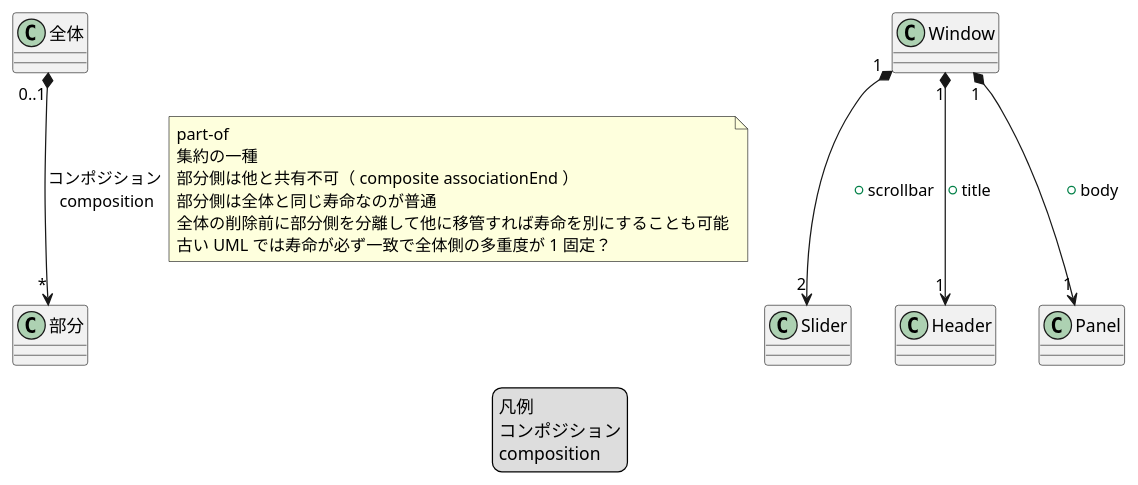
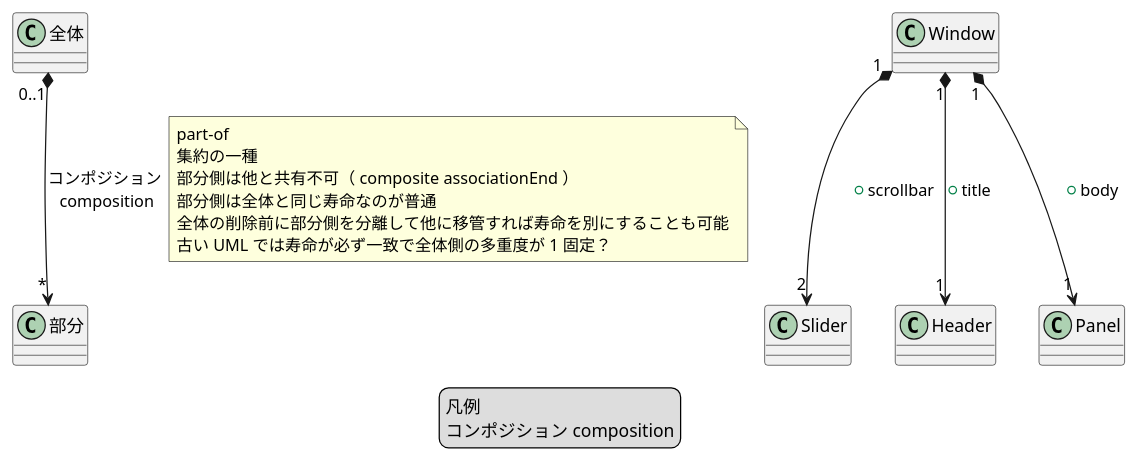
Before and after one commit to peregrin8alde/learn-ossdb-gold: the diagram in site/content/ja/docs/Appendix/uml/class/puml/legend/classe-legend-composition.puml, drawn with PlantUML. The commit also changed 6 other files, not shown here.

```diff
--- a/site/content/ja/docs/Appendix/uml/class/puml/legend/classe-legend-composition.puml
+++ b/site/content/ja/docs/Appendix/uml/class/puml/legend/classe-legend-composition.puml
@@ -1,26 +1,25 @@
 @startuml
 /'
 "全体" "0..1" *--> "*" "部分" : "コンポジション\n composition"
 '/
 legend
 凡例
-コンポジション
-composition
+コンポジション composition
 endlegend
 
 "全体" "0..1" *--> "*" "部分" : "コンポジション\n composition"
 note right on link
 part-of
 集約の一種
 部分側は他と共有不可（ composite associationEnd ）
 部分側は全体と同じ寿命なのが普通
 全体の削除前に部分側を分離して他に移管すれば寿命を別にすることも可能
 古い UML では寿命が必ず一致で全体側の多重度が 1 固定？
 end note
 
 "Window" "1" *--> "2" "Slider" : "+scrollbar"
 "Window" "1" *--> "1" "Header" : "+title"
 "Window" "1" *--> "1" "Panel" : "+body"
 
 
 @enduml
```
